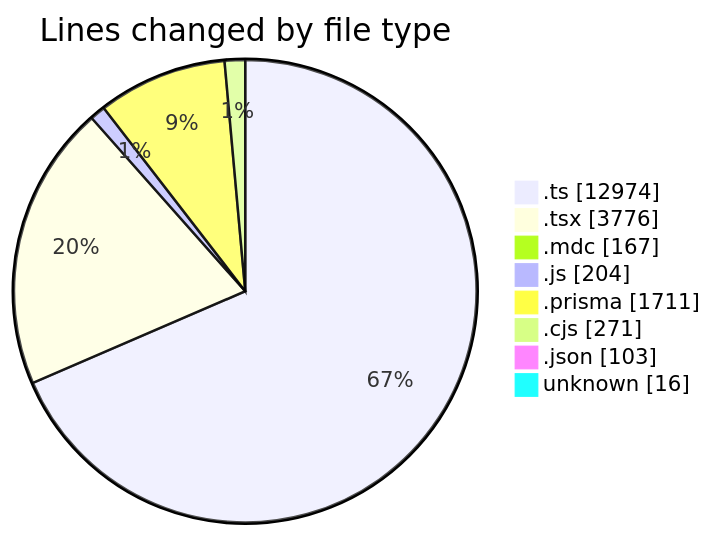
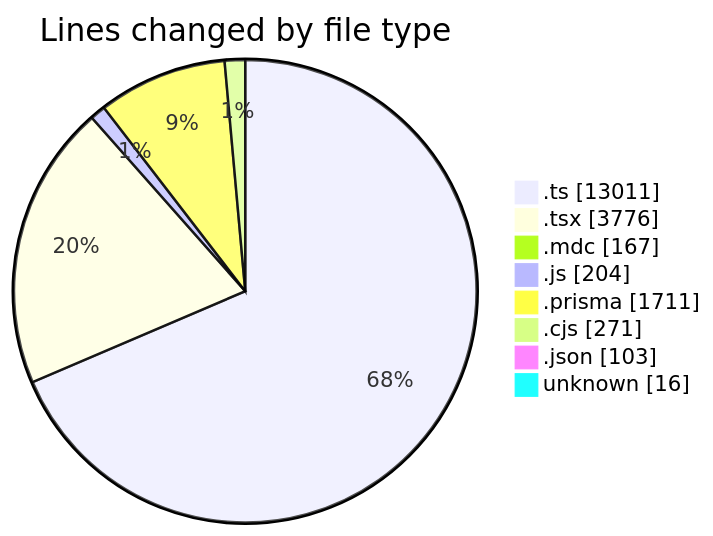
Before and after one commit to CELIANVF/code-tracking: the first of 2 diagrams in 2025-06-06/ecodeli-1/README.md, drawn with Mermaid. The commit also changed other lines of this file and 1 other file, not shown here.

````diff
--- a/2025-06-06/ecodeli-1/README.md
+++ b/2025-06-06/ecodeli-1/README.md
@@ -79,12 +79,12 @@
 ```mermaid
 pie showData
 title Lines changed by file type
-".ts" : 12974
+".ts" : 13011
 ".tsx" : 3776
 ".mdc" : 167
 ".js" : 204
 ".prisma" : 1711
 ".cjs" : 271
 ".json" : 103
 "unknown" : 16
 ```
````
